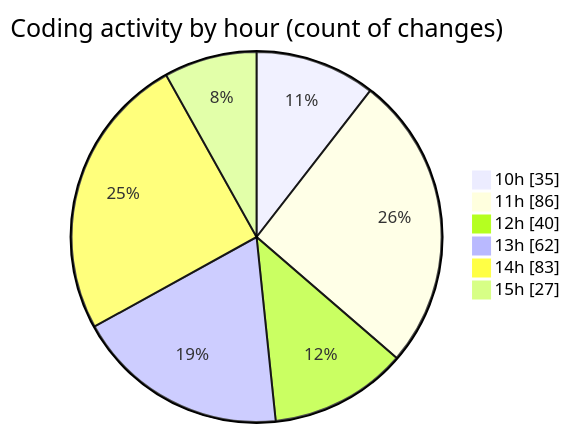
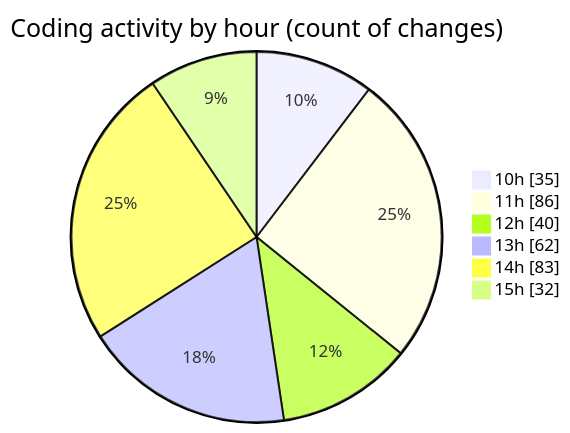
Before and after one commit to momahboobian/code-tracking: the second of 2 diagrams in 2025-03-28/cda/README.md, drawn with Mermaid. The commit also changed other lines of this file and 1 other file, not shown here.

````diff
--- a/2025-03-28/cda/README.md
+++ b/2025-03-28/cda/README.md
@@ -37,10 +38,10 @@
 ```mermaid
 pie showData
 title Coding activity by hour (count of changes)
 "10h" : 35
 "11h" : 86
 "12h" : 40
 "13h" : 62
 "14h" : 83
-"15h" : 27
+"15h" : 32
 ```
````
